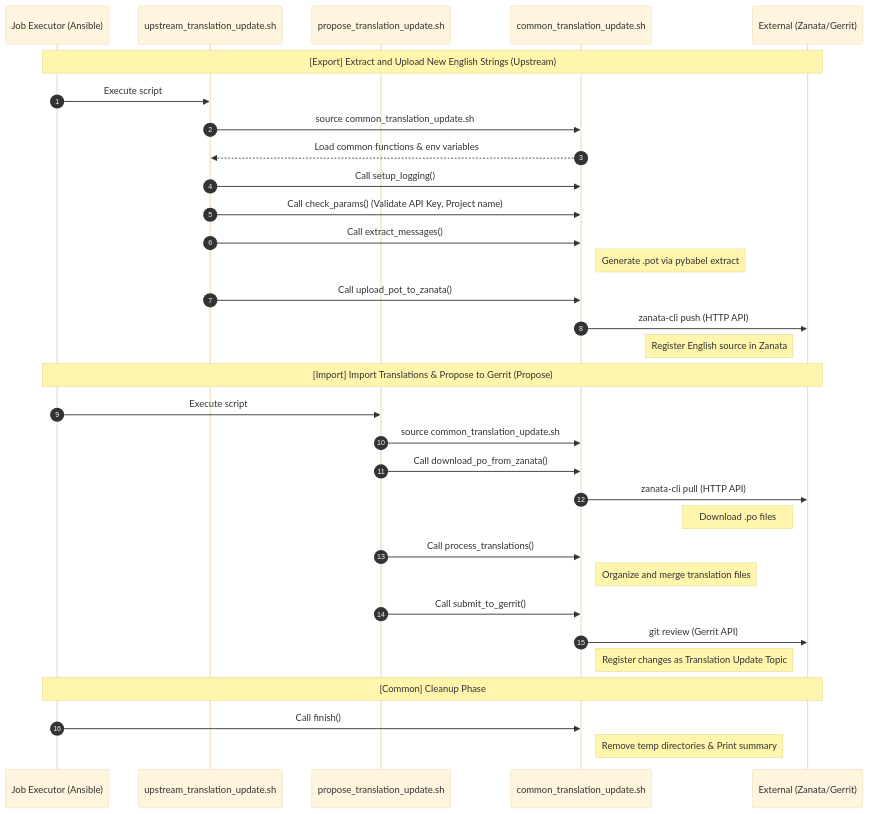
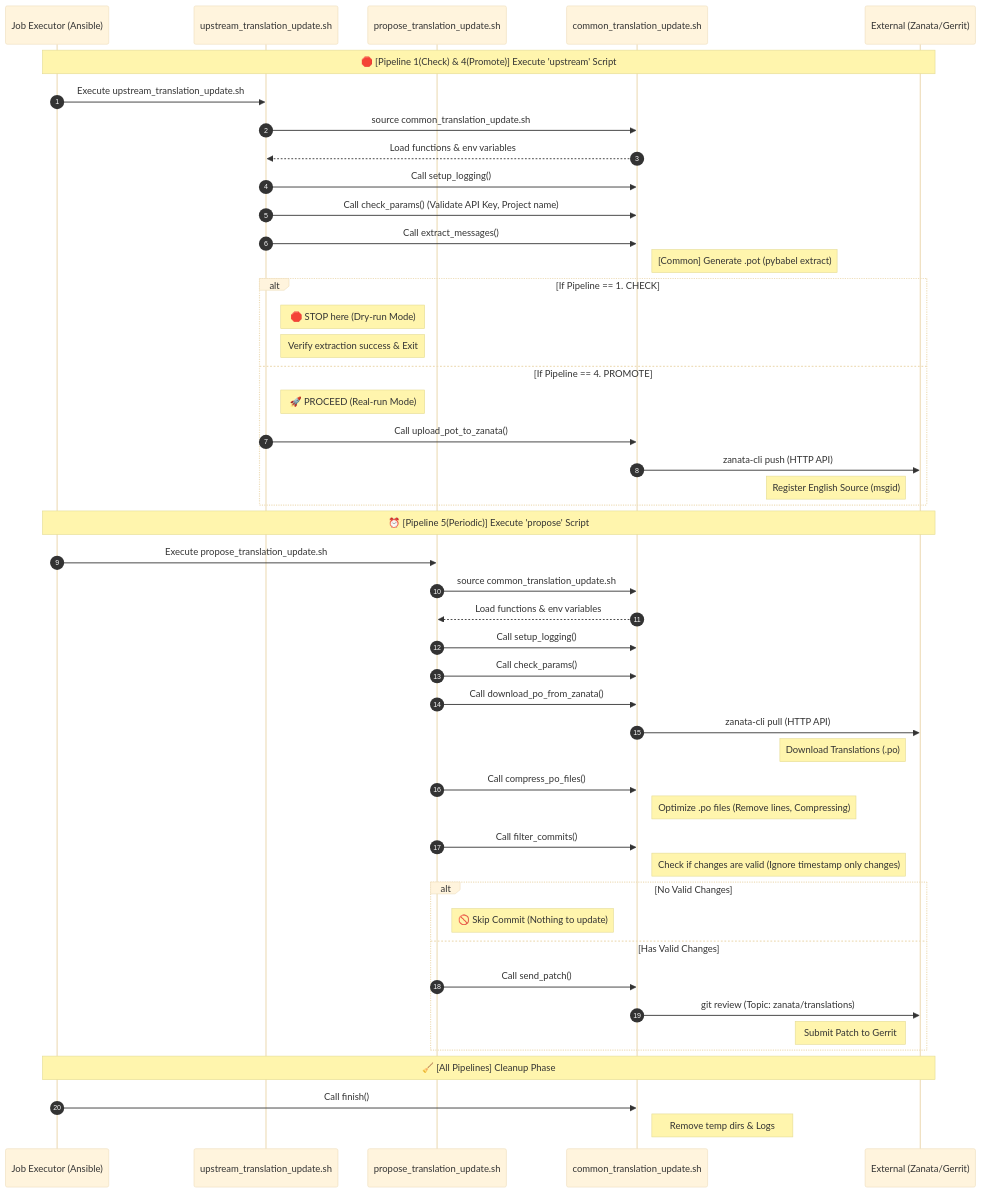
One commit to imjyong/repo-flows changed the diagram in openstack-zuul-jobs/translation-internal-flow.mmd. Above: the diagram before and after it, drawn with Mermaid (base theme).

```diff
--- a/openstack-zuul-jobs/translation-internal-flow.mmd
+++ b/openstack-zuul-jobs/translation-internal-flow.mmd
@@ -1,43 +1,76 @@
 sequenceDiagram
     autonumber
     participant Job as Job Executor (Ansible)
     participant Up as upstream_translation_update.sh
     participant Pr as propose_translation_update.sh
     participant Lib as common_translation_update.sh
     participant API as External (Zanata/Gerrit)
 
-    Note over Job, API: [Export] Extract and Upload New English Strings (Upstream)
+    %% ============================================================
+    %% 1번(Check) & 4번(Promote) 파이프라인 매핑
+    %% ============================================================
+    Note over Job, API: 🛑 [Pipeline 1(Check) & 4(Promote)] Execute 'upstream' Script
+
+    Job->>Up: Execute upstream_translation_update.sh
+    Up->>Lib: source common_translation_update.sh
+    Lib-->>Up: Load functions & env variables
     
-    Job->>Up: Execute script
-    Up->>Lib: source common_translation_update.sh
-    Lib-->>Up: Load common functions & env variables
-    
+    %% [추가됨] 초기화 상세 과정
     Up->>Lib: Call setup_logging()
     Up->>Lib: Call check_params() (Validate API Key, Project name)
     
     Up->>Lib: Call extract_messages()
-    Note right of Lib: Generate .pot via pybabel extract
+    Note right of Lib: [Common] Generate .pot (pybabel extract)
+
+    %% 여기서 갈림길이 생깁니다 (Check는 멈추고, Promote는 보냄)
+    alt If Pipeline == 1. CHECK
+        Note right of Up: 🛑 STOP here (Dry-run Mode)
+        Note right of Up: Verify extraction success & Exit
+    else If Pipeline == 4. PROMOTE
+        Note right of Up: 🚀 PROCEED (Real-run Mode)
+        Up->>Lib: Call upload_pot_to_zanata()
+        Lib->>API: zanata-cli push (HTTP API)
+        Note left of API: Register English Source (msgid)
+    end
+
+    %% ============================================================
+    %% 5번(Periodic) 파이프라인 매핑 [상세 로직 추가됨]
+    %% ============================================================
+    Note over Job, API: ⏰ [Pipeline 5(Periodic)] Execute 'propose' Script
+
+    Job->>Pr: Execute propose_translation_update.sh
+    Pr->>Lib: source common_translation_update.sh
+    Lib-->>Pr: Load functions & env variables
+
+    %% [추가됨] 초기화 상세 과정 (Propose 단계도 동일하게 수행)
+    Pr->>Lib: Call setup_logging()
+    Pr->>Lib: Call check_params()
     
-    Up->>Lib: Call upload_pot_to_zanata()
-    Lib->>API: zanata-cli push (HTTP API)
-    Note left of API: Register English source in Zanata
-
-    Note over Job, API: [Import] Import Translations & Propose to Gerrit (Propose)
-
-    Job->>Pr: Execute script
-    Pr->>Lib: source common_translation_update.sh
-    
+    %% 1. 다운로드
     Pr->>Lib: Call download_po_from_zanata()
     Lib->>API: zanata-cli pull (HTTP API)
-    Note left of API: Download .po files
+    Note left of API: Download Translations (.po)
     
-    Pr->>Lib: Call process_translations()
-    Note right of Lib: Organize and merge translation files
-    
-    Pr->>Lib: Call submit_to_gerrit()
-    Lib->>API: git review (Gerrit API)
-    Note left of API: Register changes as Translation Update Topic
+    %% 2. 압축 (최적화)
+    Pr->>Lib: Call compress_po_files()
+    Note right of Lib: Optimize .po files (Remove lines, Compressing)
 
-    Note over Job, API: [Common] Cleanup Phase
+    %% 3. 필터링 (변경사항 검증)
+    Pr->>Lib: Call filter_commits()
+    Note right of Lib: Check if changes are valid (Ignore timestamp only changes)
+
+    %% 4. 제출 (조건부 실행 - send_patch)
+    alt No Valid Changes
+        Note right of Pr: 🚫 Skip Commit (Nothing to update)
+    else Has Valid Changes
+        Pr->>Lib: Call send_patch()
+        Lib->>API: git review (Topic: zanata/translations)
+        Note left of API: Submit Patch to Gerrit
+    end
+
+    %% ============================================================
+    %% 공통 종료 처리
+    %% ============================================================
+    Note over Job, API: 🧹 [All Pipelines] Cleanup Phase
     Job->>Lib: Call finish()
-    Note right of Lib: Remove temp directories & Print summary
+    Note right of Lib: Remove temp dirs & Logs
```
